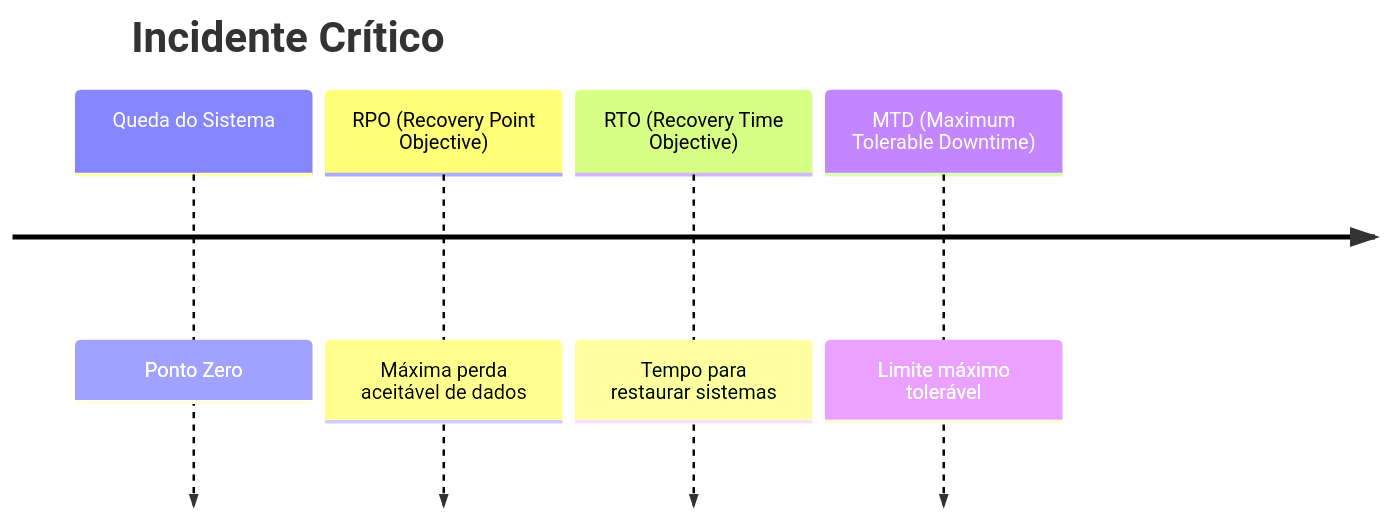
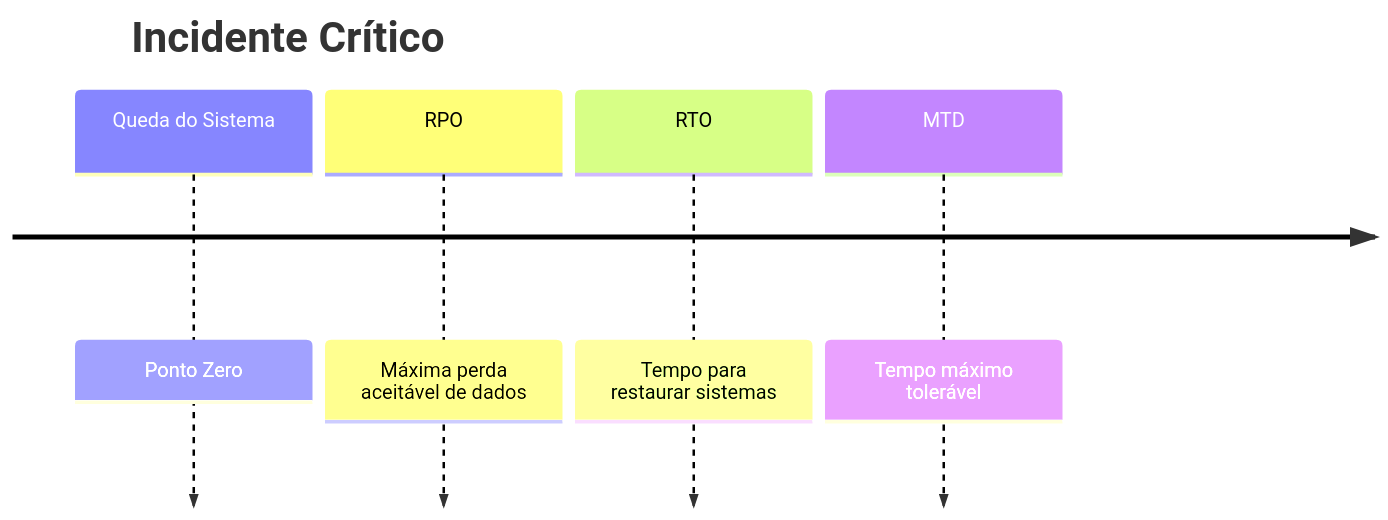
The third of 5 diagrams in ISC2-CC-Master-Guide-PTBR.md (ZeldrisMercy/ISC2-CC-BlueTeam-Prep), drawn with Mermaid before and after one commit. The commit also changed other lines of this file, not shown here.

````diff
--- a/ISC2-CC-Master-Guide-PTBR.md
+++ b/ISC2-CC-Master-Guide-PTBR.md
@@ -164,8 +146,8 @@
 ```mermaid
 timeline
     title Incidente Crítico
     Queda do Sistema : Ponto Zero
-    RPO (Recovery Point Objective): Máxima perda aceitável de dados
-    RTO (Recovery Time Objective): Tempo para restaurar sistemas
-    MTD (Maximum Tolerable Downtime): Limite máximo tolerável
+    RPO : Máxima perda aceitável de dados
+    RTO : Tempo para restaurar sistemas
+    MTD : Tempo máximo tolerável
 ```
````
